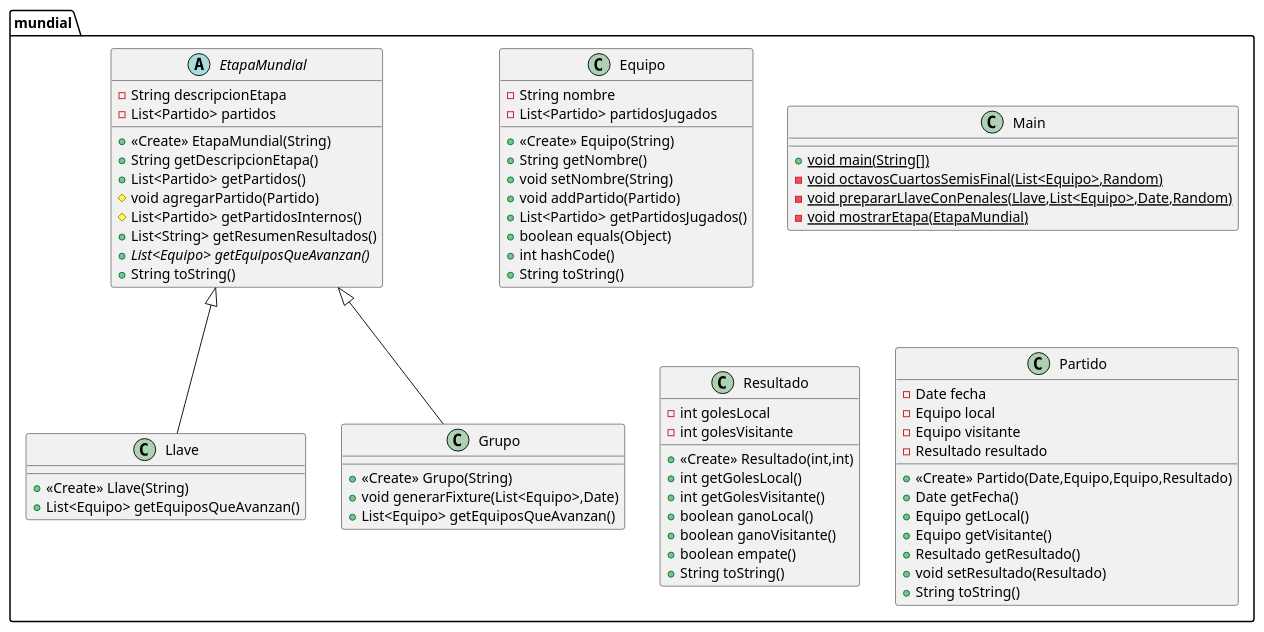
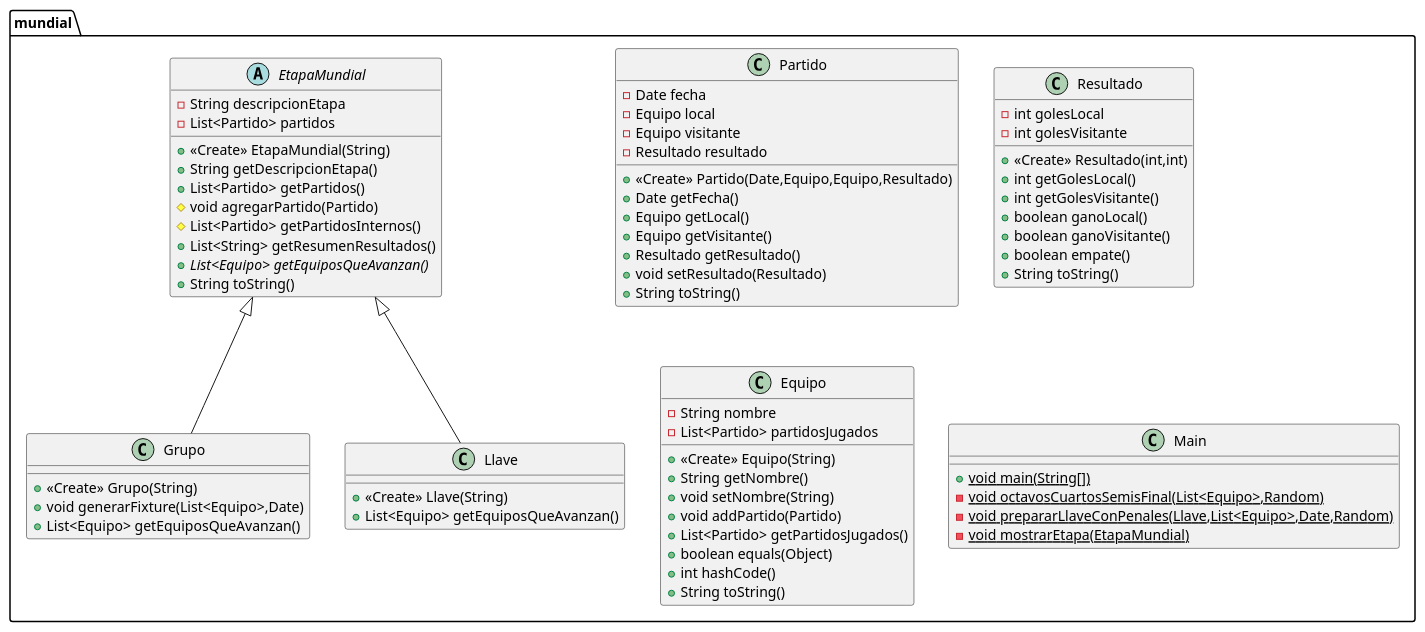
The diagram in mundialPOO.puml (DeborahBoldu/ParcialPoo), drawn with PlantUML before and after one commit. The commit also changed 2 other files, not shown here.

Commit message:
update diagram

```diff
--- a/mundialPOO.puml
+++ b/mundialPOO.puml
@@ -1,80 +1,83 @@
 @startuml
-class mundial.Equipo {
-- String nombre
-- List<Partido> partidosJugados
-+ <<Create>> Equipo(String)
-+ String getNombre()
-+ void setNombre(String)
-+ void addPartido(Partido)
-+ List<Partido> getPartidosJugados()
-+ boolean equals(Object)
-+ int hashCode()
-+ String toString()
-}
-
-
-class mundial.Llave {
-+ <<Create>> Llave(String)
-+ List<Equipo> getEquiposQueAvanzan()
-}
-
-class mundial.Main {
-+ {static} void main(String[])
-- {static} void octavosCuartosSemisFinal(List<Equipo>,Random)
-- {static} void prepararLlaveConPenales(Llave,List<Equipo>,Date,Random)
-- {static} void mostrarEtapa(EtapaMundial)
-}
-
-abstract class mundial.EtapaMundial {
-- String descripcionEtapa
-- List<Partido> partidos
-+ <<Create>> EtapaMundial(String)
-+ String getDescripcionEtapa()
-+ List<Partido> getPartidos()
-# void agregarPartido(Partido)
-# List<Partido> getPartidosInternos()
-+ List<String> getResumenResultados()
-+ {abstract}List<Equipo> getEquiposQueAvanzan()
-+ String toString()
-}
-
-
-class mundial.Grupo {
-+ <<Create>> Grupo(String)
-+ void generarFixture(List<Equipo>,Date)
-+ List<Equipo> getEquiposQueAvanzan()
-}
-
-class mundial.Resultado {
-- int golesLocal
-- int golesVisitante
-+ <<Create>> Resultado(int,int)
-+ int getGolesLocal()
-+ int getGolesVisitante()
-+ boolean ganoLocal()
-+ boolean ganoVisitante()
-+ boolean empate()
-+ String toString()
-}
 
 
 class mundial.Partido {
 - Date fecha
 - Equipo local
 - Equipo visitante
 - Resultado resultado
 + <<Create>> Partido(Date,Equipo,Equipo,Resultado)
 + Date getFecha()
 + Equipo getLocal()
 + Equipo getVisitante()
 + Resultado getResultado()
 + void setResultado(Resultado)
 + String toString()
 }
 
 
+class mundial.Resultado {
+- int golesLocal
+- int golesVisitante
++ <<Create>> Resultado(int,int)
++ int getGolesLocal()
++ int getGolesVisitante()
++ boolean ganoLocal()
++ boolean ganoVisitante()
++ boolean empate()
++ String toString()
+}
 
 
+class mundial.Equipo {
+- String nombre
+- List<Partido> partidosJugados
++ <<Create>> Equipo(String)
++ String getNombre()
++ void setNombre(String)
++ void addPartido(Partido)
++ List<Partido> getPartidosJugados()
++ boolean equals(Object)
++ int hashCode()
++ String toString()
+}
+
+
+
+abstract class mundial.EtapaMundial {
+- String descripcionEtapa
+- List<Partido> partidos
++ <<Create>> EtapaMundial(String)
++ String getDescripcionEtapa()
++ List<Partido> getPartidos()
+# void agregarPartido(Partido)
+# List<Partido> getPartidosInternos()
++ List<String> getResumenResultados()
++ {abstract}List<Equipo> getEquiposQueAvanzan()
++ String toString()
+}
+
+
+
+class mundial.Grupo {
++ <<Create>> Grupo(String)
++ void generarFixture(List<Equipo>,Date)
++ List<Equipo> getEquiposQueAvanzan()
+}
+
+class mundial.Llave {
++ <<Create>> Llave(String)
++ List<Equipo> getEquiposQueAvanzan()
+}
+
+
+class mundial.Main {
++ {static} void main(String[])
+- {static} void octavosCuartosSemisFinal(List<Equipo>,Random)
+- {static} void prepararLlaveConPenales(Llave,List<Equipo>,Date,Random)
+- {static} void mostrarEtapa(EtapaMundial)
+}
+
+mundial.EtapaMundial <|-- mundial.Grupo
 mundial.EtapaMundial <|-- mundial.Llave
-mundial.EtapaMundial <|-- mundial.Grupo
 @enduml
```
